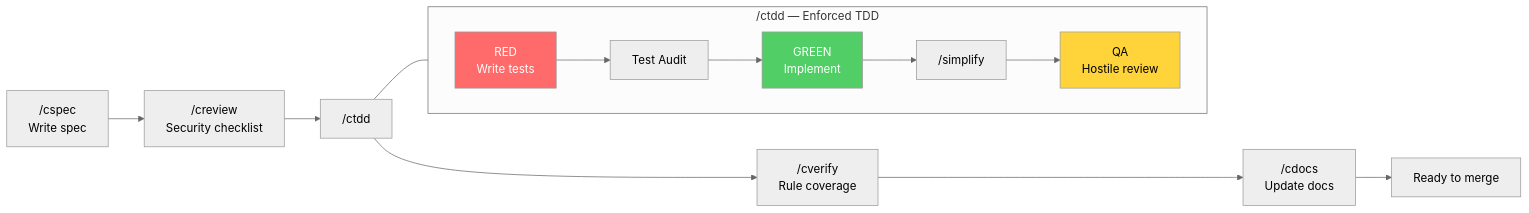
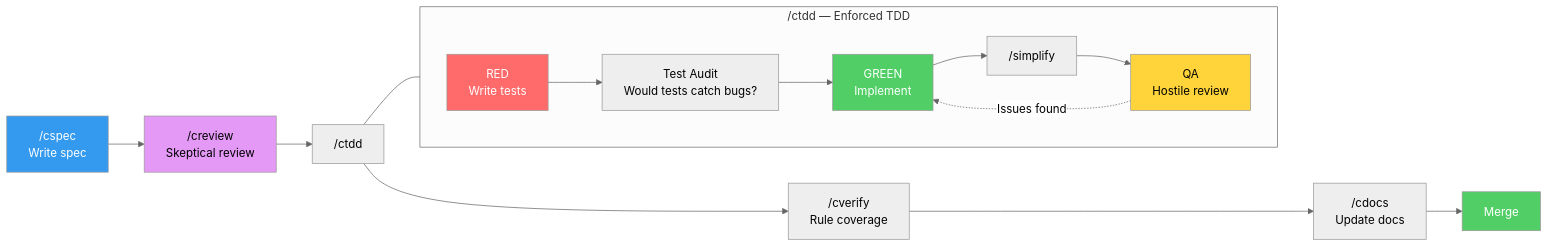
Before and after one commit to joshft/correctless: the first of 6 diagrams in README.md, drawn with Mermaid (neutral theme). The commit also changed other lines of this file and 63 other files, not shown here.

````diff
--- a/README.md
+++ b/README.md
@@ -35,22 +87,26 @@
 ```mermaid
 graph LR
-    A["/cspec<br/>Write spec"] --> B["/creview<br/>Security checklist"]
+    A["/cspec<br/>Write spec"] --> B["/creview<br/>Skeptical review"]
     B --> C["/ctdd"]
     C --> D["/cverify<br/>Rule coverage"]
     D --> E["/cdocs<br/>Update docs"]
-    E --> F["Ready to merge"]
+    E --> F["Merge"]
 
     subgraph "/ctdd — Enforced TDD"
         direction LR
-        C1["RED<br/>Write tests"] --> C2["Test Audit"]
+        C1["RED<br/>Write tests"] --> C2["Test Audit<br/>Would tests catch bugs?"]
         C2 --> C3["GREEN<br/>Implement"]
         C3 --> C4["/simplify"]
         C4 --> C5["QA<br/>Hostile review"]
+        C5 -.->|"Issues found"| C3
     end
 
     C --- C1
 
+    style A fill:#339af0,color:#fff
+    style B fill:#e599f7,color:#000
     style C1 fill:#ff6b6b,color:#fff
     style C3 fill:#51cf66,color:#fff
     style C5 fill:#ffd43b,color:#000
+    style F fill:#51cf66,color:#fff
 ```
````
